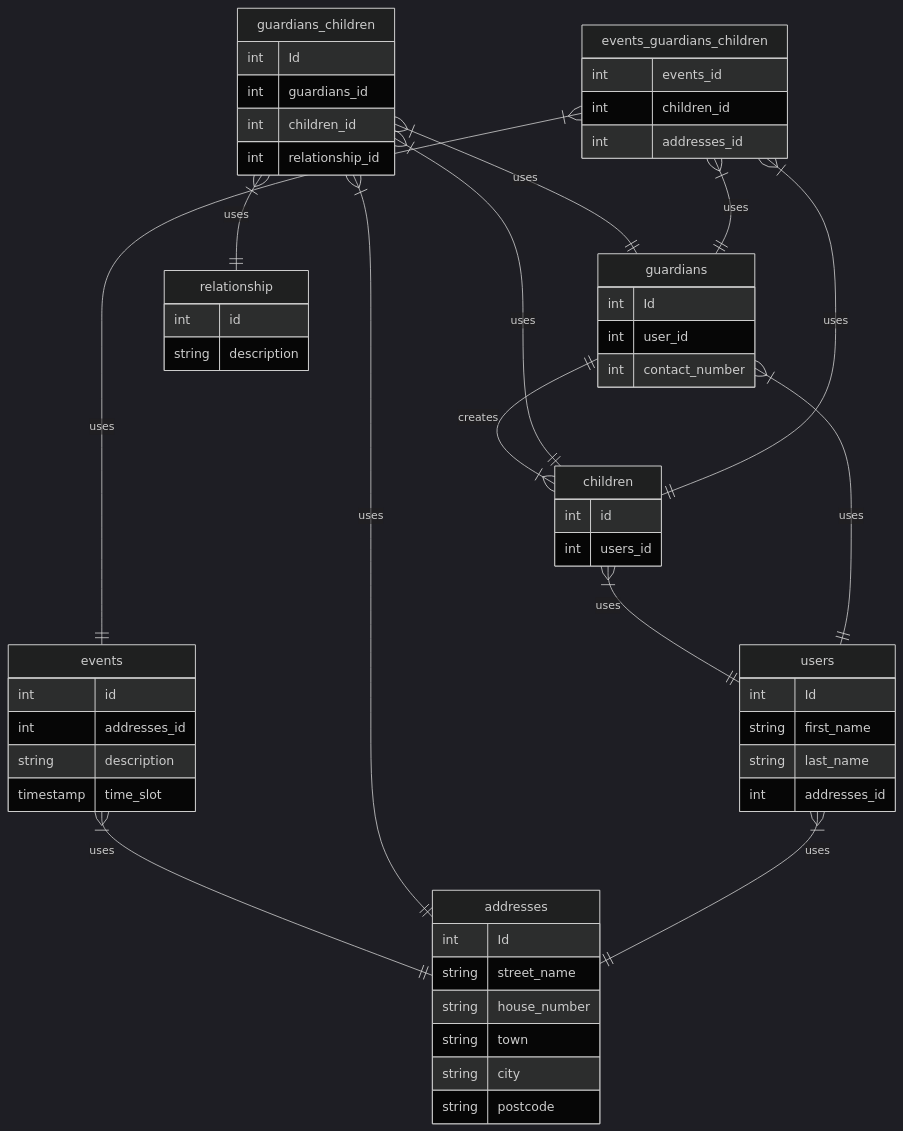
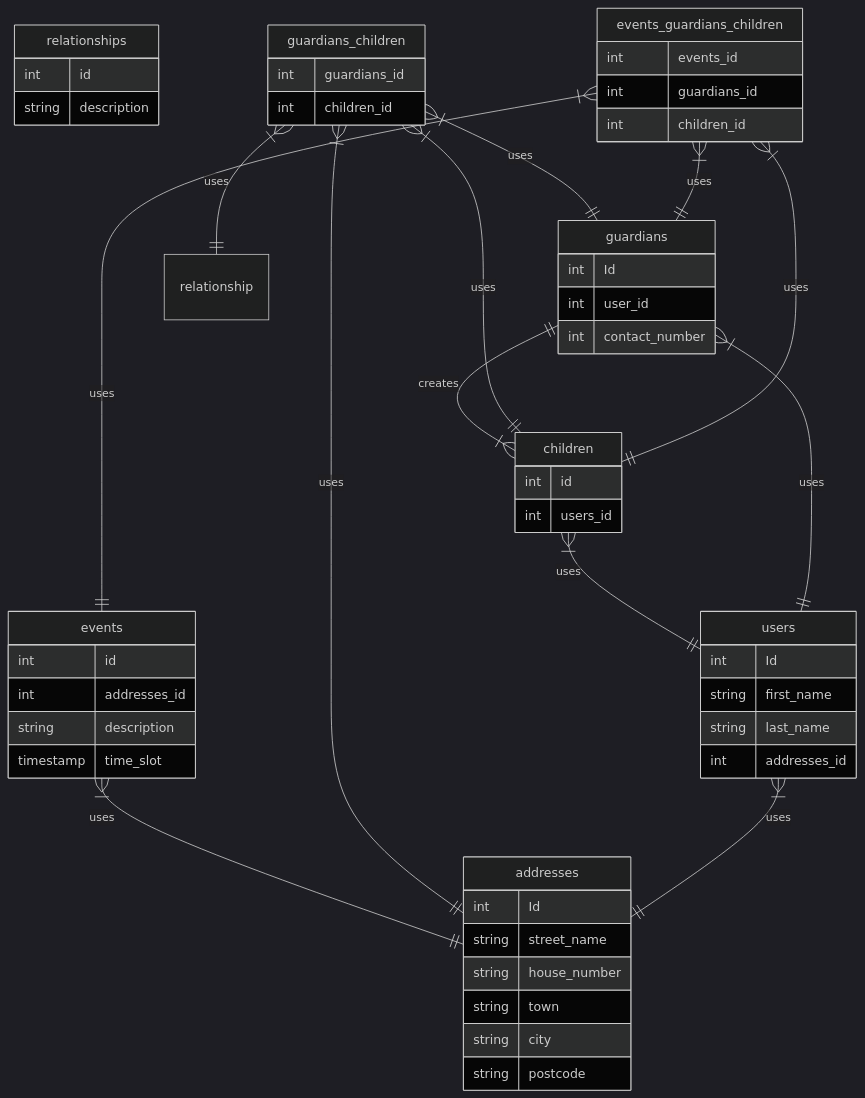
Before and after one commit to ChrisUno/Childcare: the second of 2 diagrams in README.md, drawn with Mermaid. The commit also changed other lines of this file, not shown here.

````diff
--- a/README.md
+++ b/README.md
@@ -47,64 +47,63 @@
 ``` mermaid
 %%{init: {'theme': 'dark' } }%%
 
 erDiagram
 
     guardians {
         int Id
         int user_id
         int contact_number
     }
-    relationship {
+    relationships {
         int id
         string description
     }
     children {
         int id
         int users_id
     }
     guardians_children {
-        int Id
         int guardians_id
         int children_id
-        int relationship_id
     }
     events {
         int id
         int addresses_id
         string description
         timestamp time_slot
     }
     events_guardians_children {
         int events_id
+        int guardians_id
         int children_id
-        int addresses_id
+        
     }
     addresses {
         int Id
         string street_name
         string house_number
         string town
         string city
         string postcode
     }
     users {
         int Id
         string first_name
         string last_name
         int addresses_id
     }
 
     guardians ||--|{ children: "creates"
     children }|--|| users: "uses"
     events }|--|| addresses: "uses"
     guardians }|--|| users: "uses"
     guardians_children }|--|| guardians: "uses"
     guardians_children }|--|| children: "uses"
     guardians_children }|--|| addresses: "uses"
     guardians_children }|--|| relationship: "uses"
     users }|--|| addresses: "uses"
     events_guardians_children }|--|| guardians: "uses"
     events_guardians_children }|--|| events: "uses"
     events_guardians_children }|--|| children: "uses"
 
 ```
````
